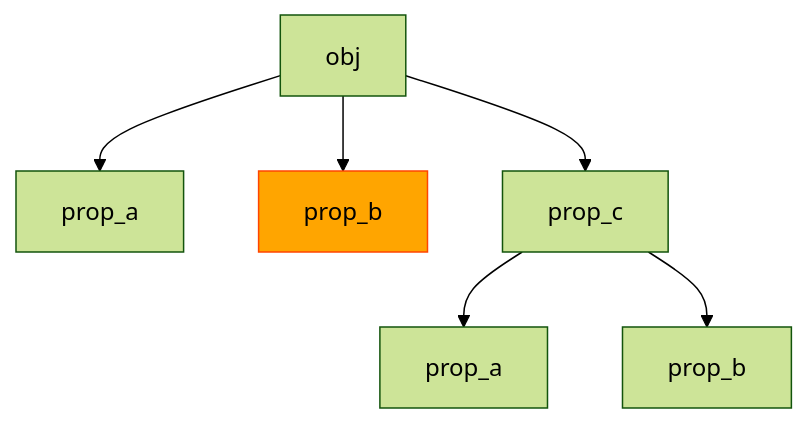
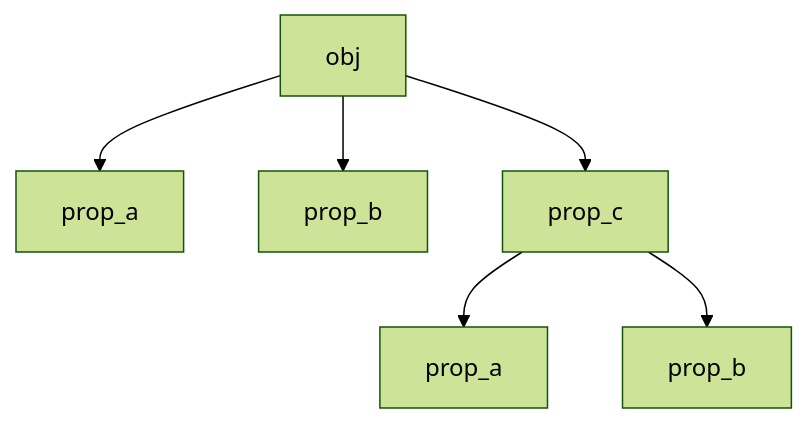
One commit to iacobucci/sviluppo_web_in_javascript changed the third of 3 diagrams in slides/2.md. Above: the diagram before and after it, drawn with Mermaid. The commit also changed other lines of this file and 4 other files, not shown here.

```diff
--- a/slides/2.md
+++ b/slides/2.md
@@ -260,12 +247,9 @@
 <div class="mermaid" style="max-height:17vh;">
 %%{init: {'theme': 'forest', 'mirrorActors': false} }%%
 flowchart TD
 	A[obj] --> B[prop_a]
 	A --> C[prop_b]
 	A --> D[prop_c]
 	D --> E[prop_a]
 	D --> F[prop_b]
-
-	style C fill:orange,stroke:orangered
-
 </div>
```
